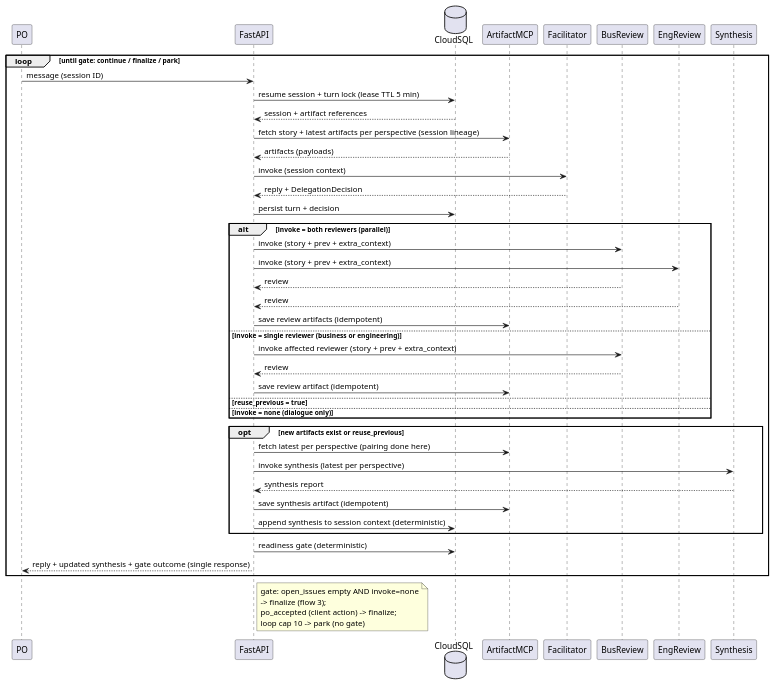
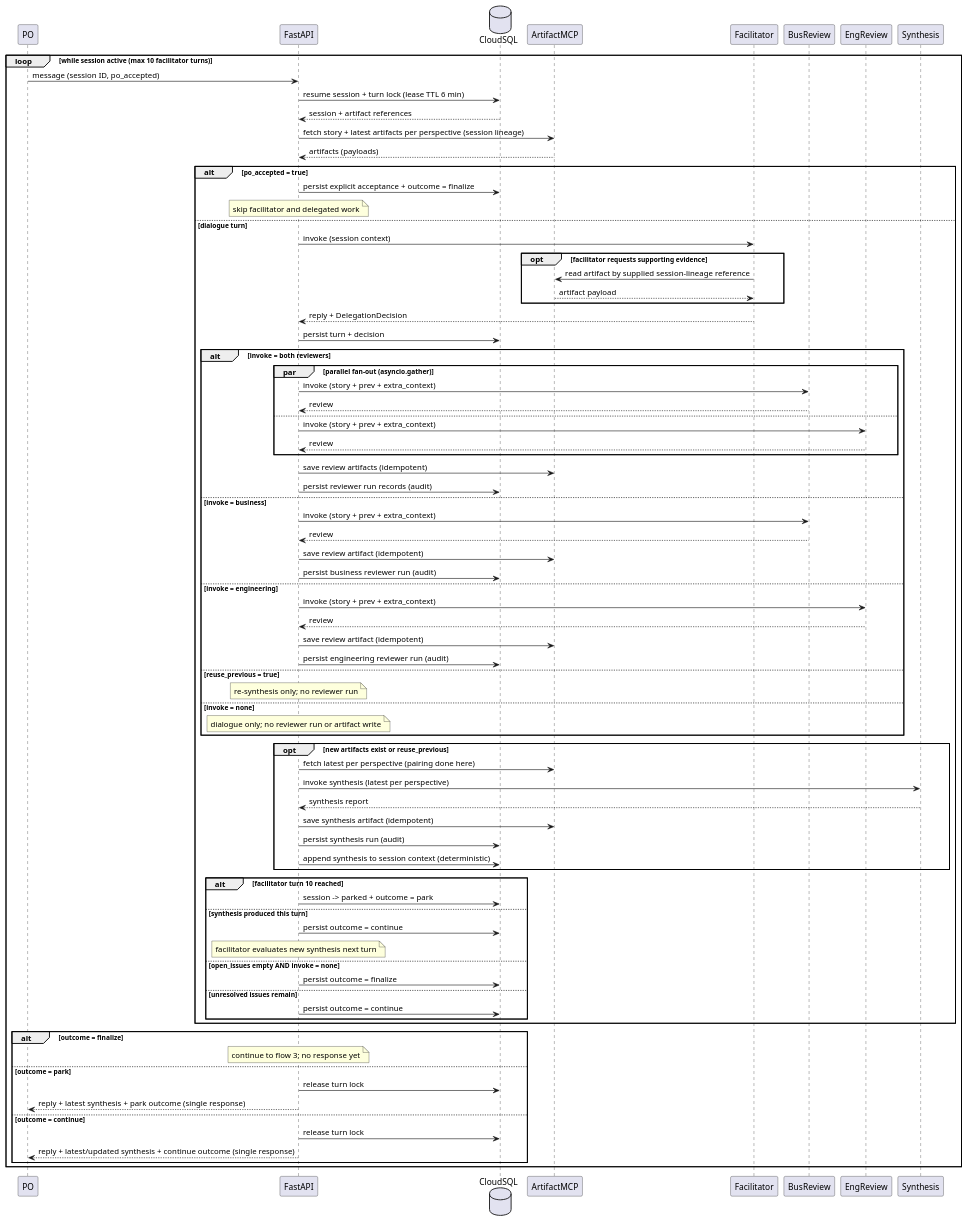
One commit to MMZ993/story-review changed the diagram in docs/design/diagrams/flow2.puml. Above: the diagram before and after it, drawn with PlantUML. The commit also changed 9 other files, not shown here.

Commit message:
docs: harden gate precedence, finalization retries, mcp ownership and audit persistence

```diff
--- a/docs/design/diagrams/flow2.puml
+++ b/docs/design/diagrams/flow2.puml
@@ -1,48 +1,81 @@
 @startuml
 participant PO
 participant "FastAPI" as F
 database "CloudSQL" as C
 participant "ArtifactMCP" as A
 participant "Facilitator" as T
 participant "BusReview" as B
 participant "EngReview" as E
 participant "Synthesis" as Y
-loop until gate: continue / finalize / park
-PO -> F: message (session ID)
-F -> C: resume session + turn lock (lease TTL 5 min)
+loop while session active (max 10 facilitator turns)
+PO -> F: message (session ID, po_accepted)
+F -> C: resume session + turn lock (lease TTL 6 min)
 C --> F: session + artifact references
 F -> A: fetch story + latest artifacts per perspective (session lineage)
 A --> F: artifacts (payloads)
+alt po_accepted = true
+F -> C: persist explicit acceptance + outcome = finalize
+note over F: skip facilitator and delegated work
+else dialogue turn
 F -> T: invoke (session context)
+opt facilitator requests supporting evidence
+T -> A: read artifact by supplied session-lineage reference
+A --> T: artifact payload
+end
 T --> F: reply + DelegationDecision
 F -> C: persist turn + decision
-alt invoke = both reviewers (parallel)
+alt invoke = both reviewers
+par parallel fan-out (asyncio.gather)
 F -> B: invoke (story + prev + extra_context)
+B --> F: review
+else
 F -> E: invoke (story + prev + extra_context)
-B --> F: review
 E --> F: review
+end
 F -> A: save review artifacts (idempotent)
-else invoke = single reviewer (business or engineering)
-F -> B: invoke affected reviewer (story + prev + extra_context)
+F -> C: persist reviewer run records (audit)
+else invoke = business
+F -> B: invoke (story + prev + extra_context)
 B --> F: review
 F -> A: save review artifact (idempotent)
+F -> C: persist business reviewer run (audit)
+else invoke = engineering
+F -> E: invoke (story + prev + extra_context)
+E --> F: review
+F -> A: save review artifact (idempotent)
+F -> C: persist engineering reviewer run (audit)
 else reuse_previous = true
-else invoke = none (dialogue only)
+note over F: re-synthesis only; no reviewer run
+else invoke = none
+note over F: dialogue only; no reviewer run or artifact write
 end
 opt new artifacts exist or reuse_previous
 F -> A: fetch latest per perspective (pairing done here)
 F -> Y: invoke synthesis (latest per perspective)
 Y --> F: synthesis report
 F -> A: save synthesis artifact (idempotent)
+F -> C: persist synthesis run (audit)
 F -> C: append synthesis to session context (deterministic)
 end
-F -> C: readiness gate (deterministic)
-F --> PO: reply + updated synthesis + gate outcome (single response)
+alt facilitator turn 10 reached
+F -> C: session -> parked + outcome = park
+else synthesis produced this turn
+F -> C: persist outcome = continue
+note over F: facilitator evaluates new synthesis next turn
+else open_issues empty AND invoke = none
+F -> C: persist outcome = finalize
+else unresolved issues remain
+F -> C: persist outcome = continue
 end
-note right of F
-gate: open_issues empty AND invoke=none
--> finalize (flow 3);
-po_accepted (client action) -> finalize;
-loop cap 10 -> park (no gate)
-end note
+end
+alt outcome = finalize
+note over F: continue to flow 3; no response yet
+else outcome = park
+F -> C: release turn lock
+F --> PO: reply + latest synthesis + park outcome (single response)
+else outcome = continue
+F -> C: release turn lock
+F --> PO: reply + latest/updated synthesis + continue outcome (single response)
+end
+end
 @enduml
```
